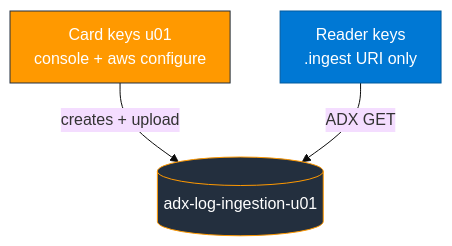
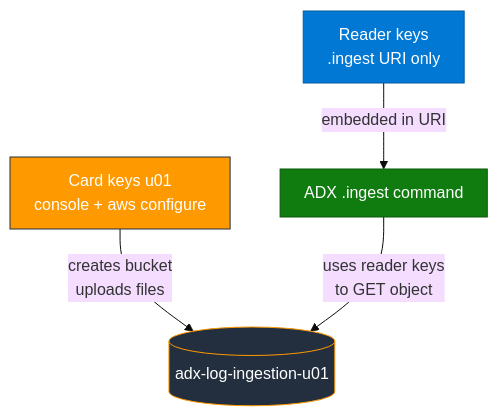
The first of 2 diagrams in Module_01_Amazon_S3/01_S3_to_ADX_Concepts.md (atingupta2005/adx-aws-training-aug-26), drawn with Mermaid before and after one commit. The commit also changed other lines of this file and 6 other files, not shown here.

````diff
--- a/Module_01_Amazon_S3/01_S3_to_ADX_Concepts.md
+++ b/Module_01_Amazon_S3/01_S3_to_ADX_Concepts.md
@@ -39,12 +51,15 @@
 ```mermaid
 %%{init: {"theme":"base","flowchart":{"htmlLabels":true,"padding":12}}}%%
 flowchart TB
   CARD["Card keys u01<br/>console + aws configure"]
   READ["Reader keys<br/>.ingest URI only"]
   BUCKET[("adx-log-ingestion-u01")]
-  CARD -->|"creates + upload"| BUCKET
-  READ -->|"ADX GET"| BUCKET
+  ADX["ADX .ingest command"]
+  CARD -->|"creates bucket<br/>uploads files"| BUCKET
+  ADX -->|"uses reader keys<br/>to GET object"| BUCKET
+  READ -->|"embedded in URI"| ADX
   style CARD fill:#FF9900,stroke:#232F3E,color:#fff
   style READ fill:#0078D4,stroke:#005A9E,color:#fff
   style BUCKET fill:#232F3E,stroke:#FF9900,color:#fff
+  style ADX fill:#107C10,stroke:#0B5A0B,color:#fff
 ```
````
